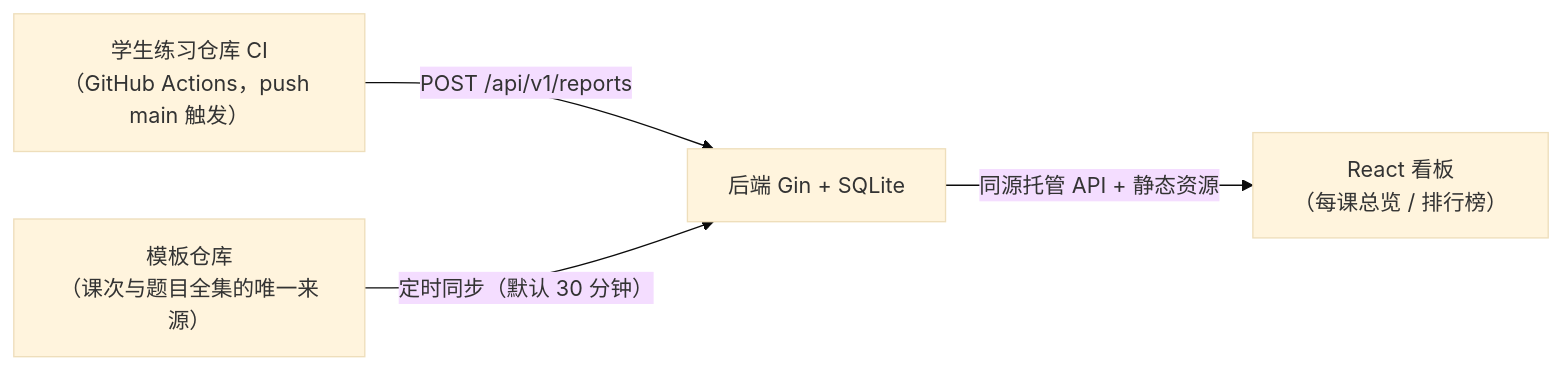
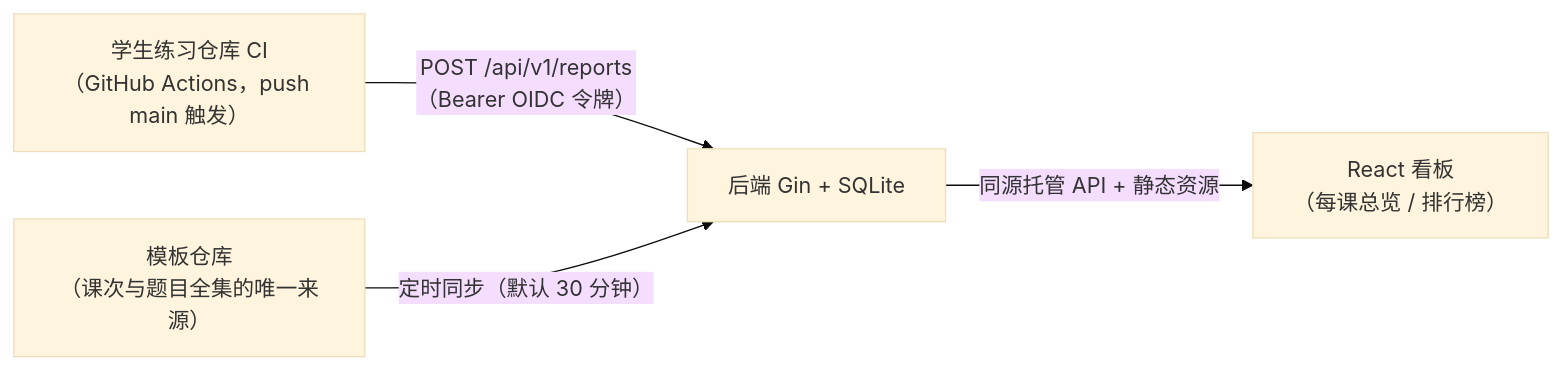
One commit to man-mu/redrock_bework_center changed the diagram in README.md. Above: the diagram before and after it, drawn with Mermaid (base theme). The commit also changed other lines of this file and 16 other files, not shown here.

````diff
--- a/README.md
+++ b/README.md
@@ -9,11 +9,11 @@
 ```mermaid
 flowchart LR
     CI["学生练习仓库 CI<br/>（GitHub Actions，push main 触发）"]
     TR["模板仓库<br/>（课次与题目全集的唯一来源）"]
     BE["后端 Gin + SQLite"]
     FE["React 看板<br/>（每课总览 / 排行榜）"]
 
-    CI -- "POST /api/v1/reports" --> BE
+    CI -- "POST /api/v1/reports<br/>（Bearer OIDC 令牌）" --> BE
     TR -- "定时同步（默认 30 分钟）" --> BE
     BE -- "同源托管 API + 静态资源" --> FE
 ```
````
